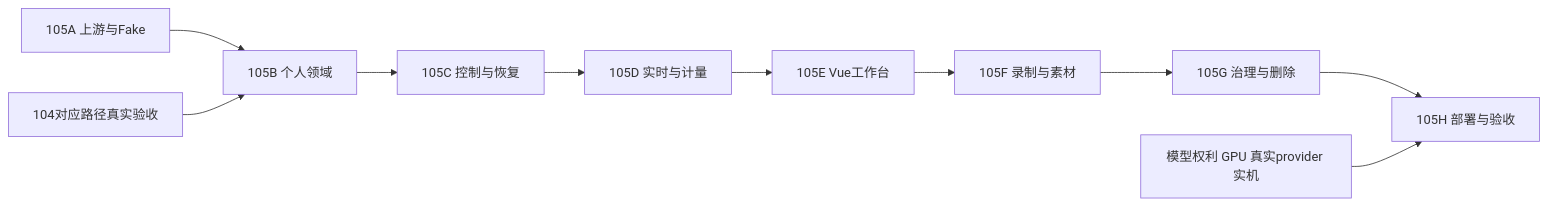
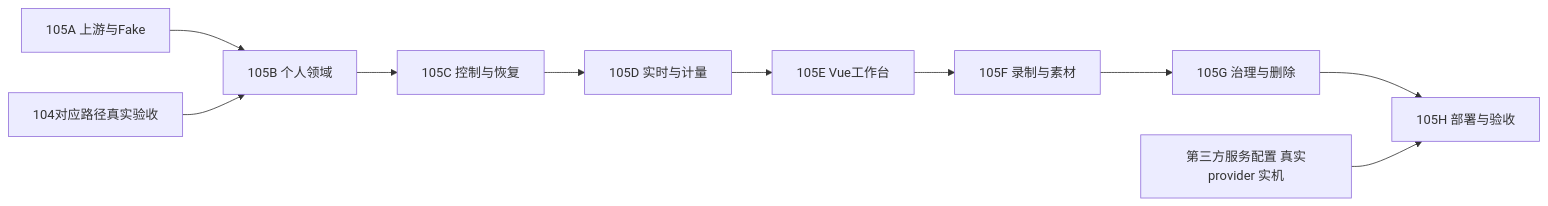
Before and after one commit to LXHeart/y-1: the first of 2 diagrams in docs/任务书/草场任务书-105-数字人工作台开发计划.md, drawn with Mermaid. The commit also changed other lines of this file and 41 other files, not shown here.

````diff
--- a/docs/任务书/草场任务书-105-数字人工作台开发计划.md
+++ b/docs/任务书/草场任务书-105-数字人工作台开发计划.md
@@ -44,12 +48,12 @@
 ```mermaid
 flowchart LR
     A[105A 上游与Fake] --> B[105B 个人领域]
     B --> C[105C 控制与恢复]
     C --> D[105D 实时与计量]
     D --> E[105E Vue工作台]
     E --> F[105F 录制与素材]
     F --> G[105G 治理与删除]
     G --> H[105H 部署与验收]
     X[104对应路径真实验收] --> B
-    Y[模型权利 GPU 真实provider 实机] --> H
+    Y[第三方服务配置 真实provider 实机] --> H
 ```
````
